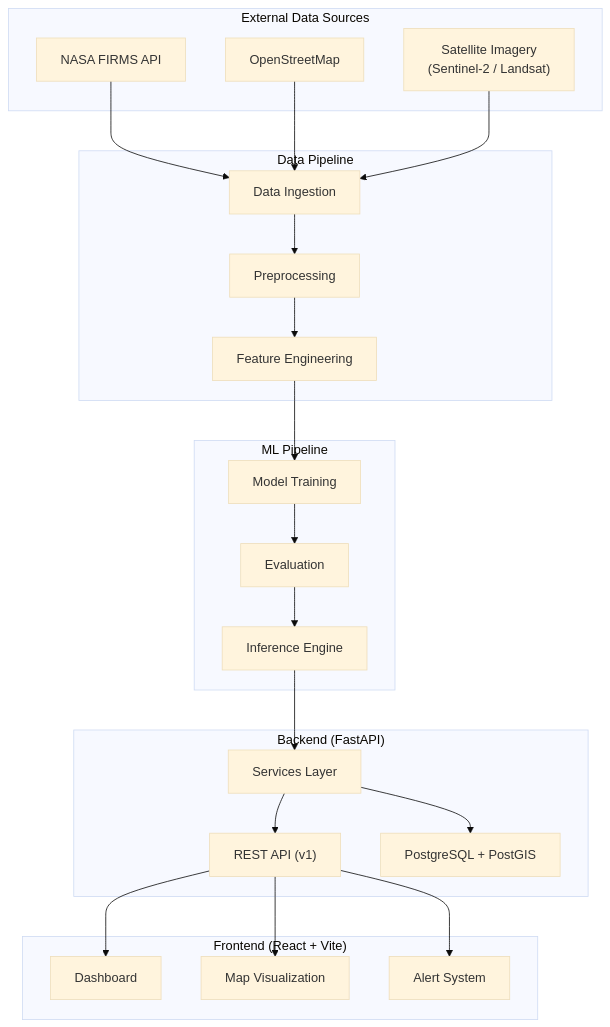
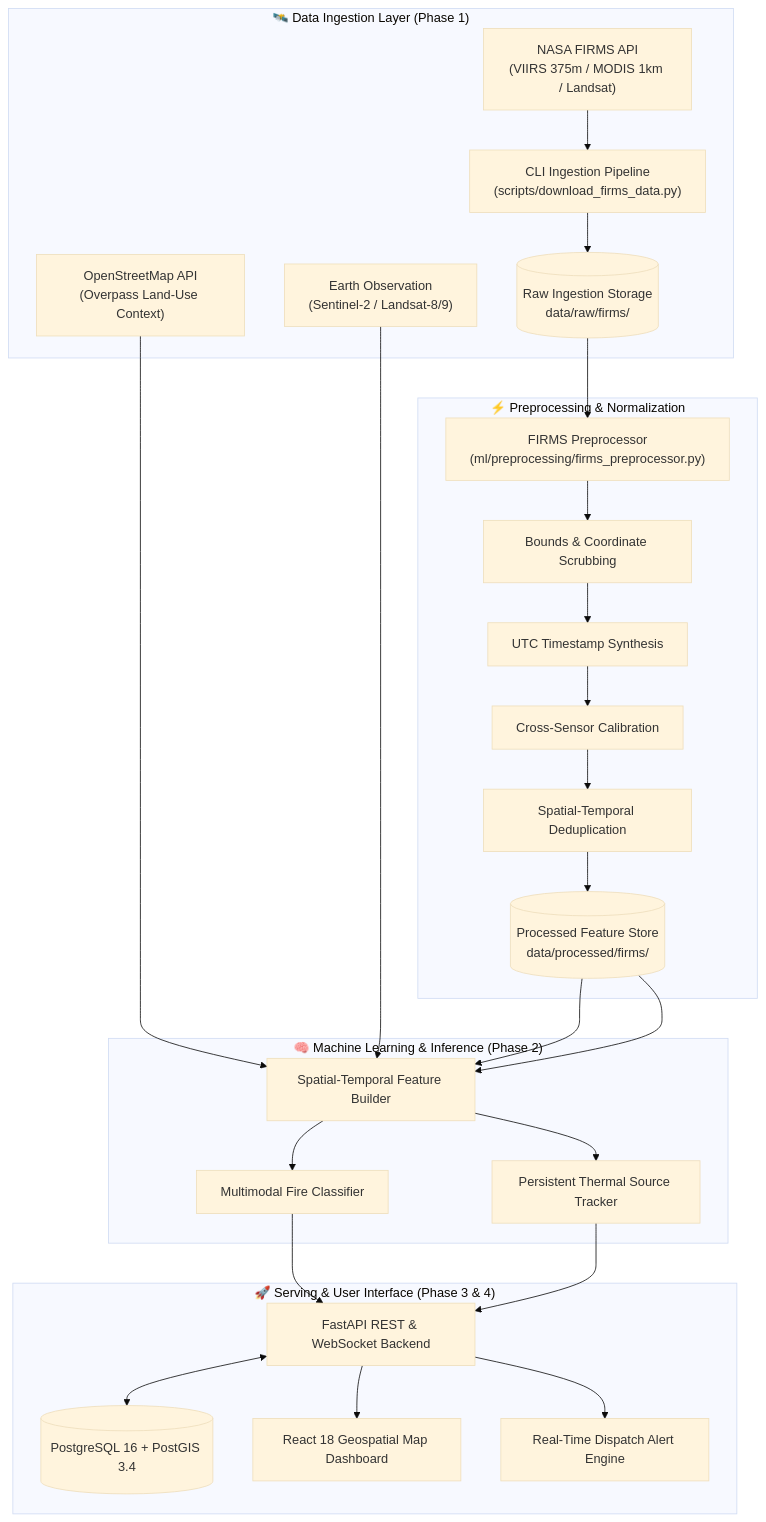
The diagram in SIH26162/README.md (AyushPrad2907/AI-Based-Detection-and-Classification-of-Industrial-Fires-and-Persistent-Thermal-Sources), drawn with Mermaid (base theme) before and after one commit. The commit also changed other lines of this file and 1 other file, not shown here.

Commit message:
docs: modernize root and project README with colorful badges, architecture diagrams, and roadmap

````diff
--- a/SIH26162/README.md
+++ b/SIH26162/README.md
@@ -51,47 +42,42 @@
 ```mermaid
-graph TB
-    subgraph External["External Data Sources"]
-        FIRMS["NASA FIRMS API"]
-        OSM["OpenStreetMap"]
-        SAT["Satellite Imagery<br/>(Sentinel-2 / Landsat)"]
+flowchart TB
+    subgraph S1["🛰️ Data Ingestion Layer (Phase 1)"]
+        FIRMS["NASA FIRMS API<br/>(VIIRS 375m / MODIS 1km / Landsat)"]
+        OSM["OpenStreetMap API<br/>(Overpass Land-Use Context)"]
+        SAT["Earth Observation<br/>(Sentinel-2 / Landsat-8/9)"]
+        CLI["CLI Ingestion Pipeline<br/>(scripts/download_firms_data.py)"]
+        RAW_DB[("Raw Ingestion Storage<br/>data/raw/firms/")]
     end
 
-    subgraph DataPipeline["Data Pipeline"]
-        INGEST["Data Ingestion"]
-        PREPROCESS["Preprocessing"]
-        FEATURES["Feature Engineering"]
+    subgraph S2["⚡ Preprocessing & Normalization"]
+        PRE["FIRMS Preprocessor<br/>(ml/preprocessing/firms_preprocessor.py)"]
+        VAL["Bounds & Coordinate Scrubbing"]
+        TIME["UTC Timestamp Synthesis"]
+        NORM["Cross-Sensor Calibration"]
+        DEDUP["Spatial-Temporal Deduplication"]
+        PROC_DB[("Processed Feature Store<br/>data/processed/firms/")]
     end
 
-    subgraph MLPipeline["ML Pipeline"]
-        TRAIN["Model Training"]
-        EVAL["Evaluation"]
-        INFER["Inference Engine"]
+    subgraph S3["🧠 Machine Learning & Inference (Phase 2)"]
+        FEAT["Spatial-Temporal Feature Builder"]
+        CLS["Multimodal Fire Classifier"]
+        THERMAL["Persistent Thermal Source Tracker"]
     end
 
-    subgraph Backend["Backend (FastAPI)"]
-        API["REST API (v1)"]
-        SERVICES["Services Layer"]
-        DB["PostgreSQL + PostGIS"]
+    subgraph S4["🚀 Serving & User Interface (Phase 3 & 4)"]
+        FASTAPI["FastAPI REST & WebSocket Backend"]
+        POSTGIS[("PostgreSQL 16 + PostGIS 3.4")]
+        DASH["React 18 Geospatial Map Dashboard"]
+        ALERT["Real-Time Dispatch Alert Engine"]
     end
 
-    subgraph Frontend["Frontend (React + Vite)"]
-        DASH["Dashboard"]
-        MAP["Map Visualization"]
-        ALERTS["Alert System"]
-    end
-
-    FIRMS --> INGEST
-    OSM --> INGEST
-    SAT --> INGEST
-    INGEST --> PREPROCESS
-    PREPROCESS --> FEATURES
-    FEATURES --> TRAIN
-    TRAIN --> EVAL
-    EVAL --> INFER
-    INFER --> SERVICES
-    SERVICES --> API
-    SERVICES --> DB
-    API --> DASH
-    API --> MAP
-    API --> ALERTS
+    FIRMS --> CLI --> RAW_DB --> PRE
+    OSM --> FEAT
+    SAT --> FEAT
+    PRE --> VAL --> TIME --> NORM --> DEDUP --> PROC_DB
+    PROC_DB --> FEAT --> CLS --> FASTAPI
+    PROC_DB --> FEAT --> THERMAL --> FASTAPI
+    FASTAPI <--> POSTGIS
+    FASTAPI --> DASH
+    FASTAPI --> ALERT
 ```
````
